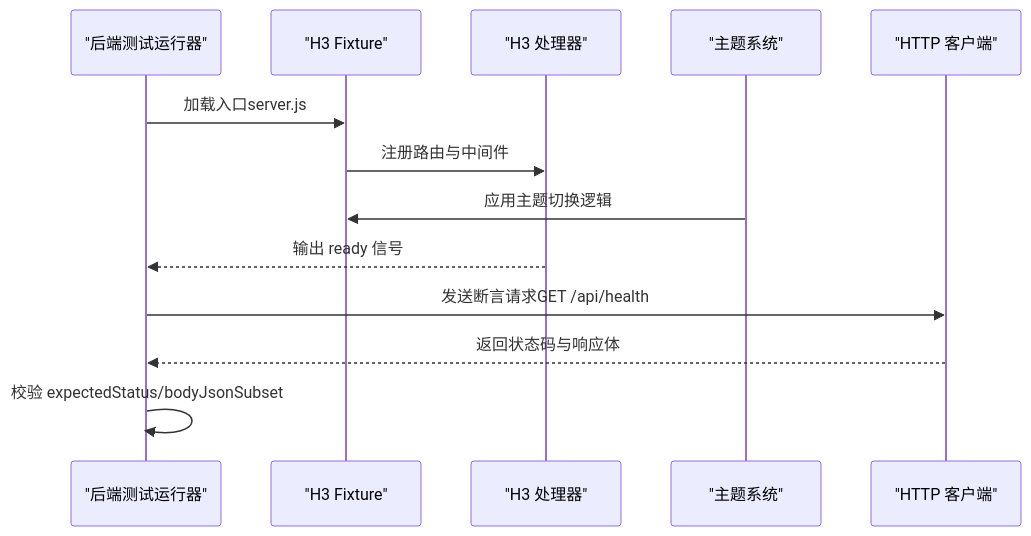
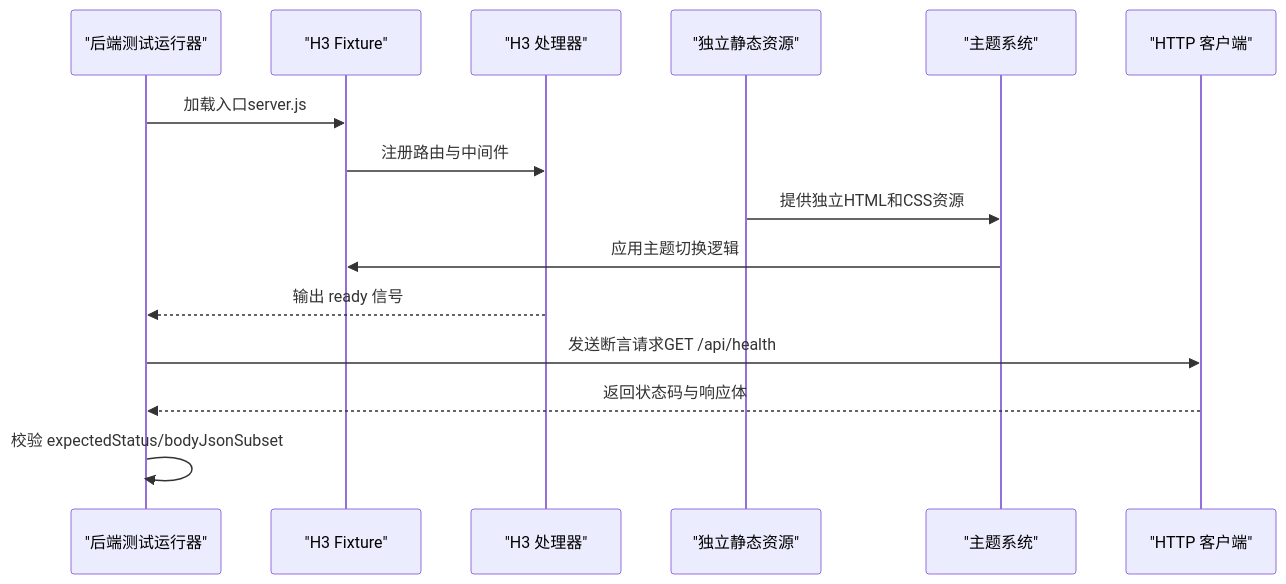
Before and after one commit to esa-sp/test-for-aone-ci: the sixth of 9 diagrams in .qoder/repowiki/zh/content/后端框架测试/后端框架测试.md, drawn with Mermaid. The commit also changed other lines of this file and 5 other files, not shown here.

````diff
--- a/.qoder/repowiki/zh/content/后端框架测试/后端框架测试.md
+++ b/.qoder/repowiki/zh/content/后端框架测试/后端框架测试.md
@@ -319,15 +282,17 @@
 ```mermaid
 sequenceDiagram
 participant Runner as "后端测试运行器"
 participant Fixture as "H3 Fixture"
 participant Handler as "H3 处理器"
+participant Static as "独立静态资源"
 participant Theme as "主题系统"
 participant HTTP as "HTTP 客户端"
 Runner->>Fixture : 加载入口server.js
 Fixture->>Handler : 注册路由与中间件
+Static->>Theme : 提供独立HTML和CSS资源
 Theme->>Fixture : 应用主题切换逻辑
 Handler-->>Runner : 输出 ready 信号
 Runner->>HTTP : 发送断言请求GET /api/health
 HTTP-->>Runner : 返回状态码与响应体
 Runner->>Runner : 校验 expectedStatus/bodyJsonSubset
 ```
````
